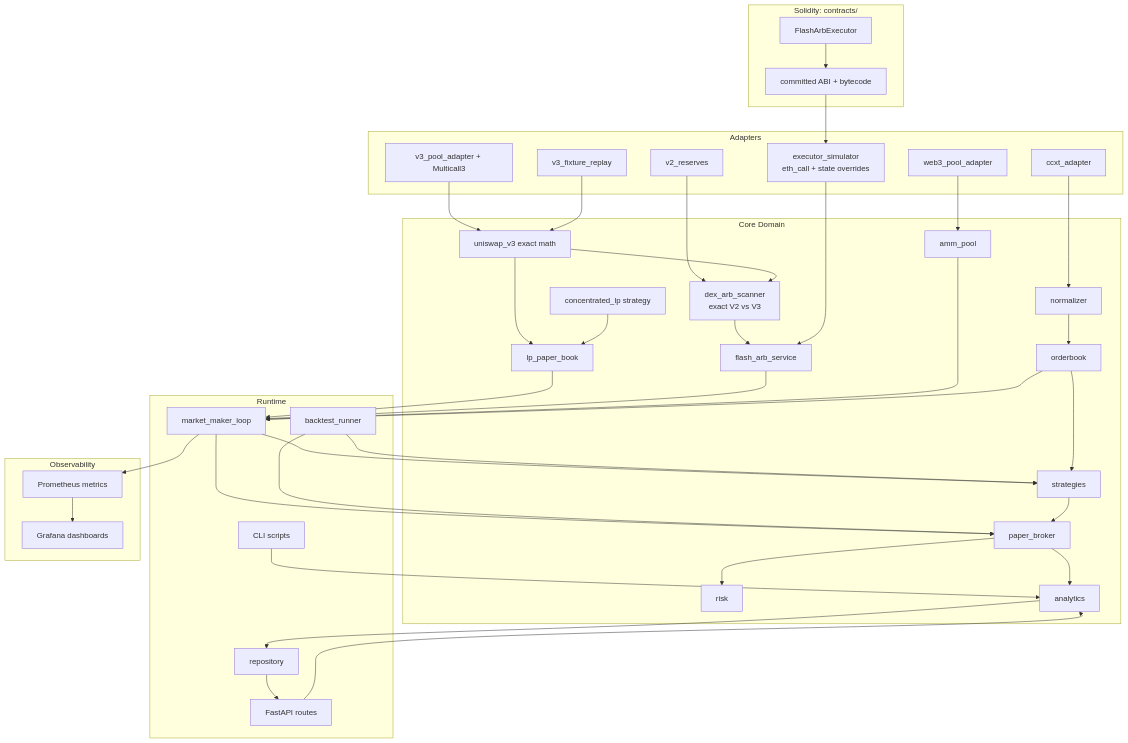
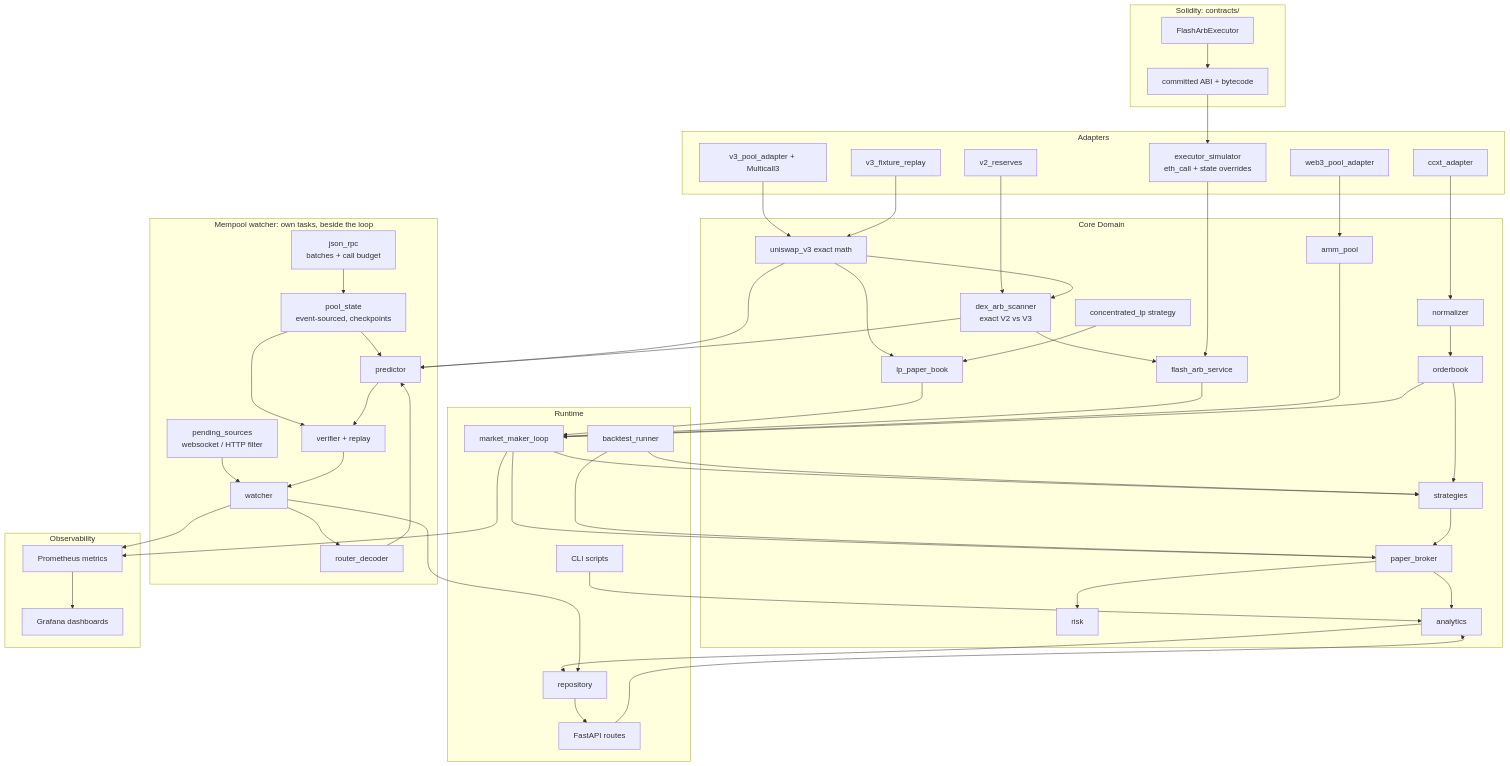
Before and after one commit to hudsonferraz/crypto-mm-lab: the diagram in docs/architecture.md, drawn with Mermaid. The commit also changed other lines of this file and 58 other files, not shown here.

````diff
--- a/docs/architecture.md
+++ b/docs/architecture.md
@@ -43,6 +43,16 @@
     Art[committed ABI + bytecode]
   end
 
+  subgraph mempool [Mempool watcher: own tasks, beside the loop]
+    PSrc[pending_sources<br/>websocket / HTTP filter]
+    RPC[json_rpc<br/>batches + call budget]
+    Dec[router_decoder]
+    PSt[pool_state<br/>event-sourced, checkpoints]
+    Pred[predictor]
+    Ver[verifier + replay]
+    MW[watcher]
+  end
+
   subgraph observability [Observability]
     Prom[Prometheus metrics]
     Graf[Grafana dashboards]
@@ -76,4 +86,14 @@
   CLI --> Analytics
   Repo --> API
   Prom --> Graf
+  PSrc --> MW
+  RPC --> PSt
+  MW --> Dec --> Pred
+  PSt --> Pred
+  PSt --> Ver
+  V3M --> Pred
+  DXS --> Pred
+  Pred --> Ver --> MW
+  MW --> Repo
+  MW --> Prom
 ```
````
